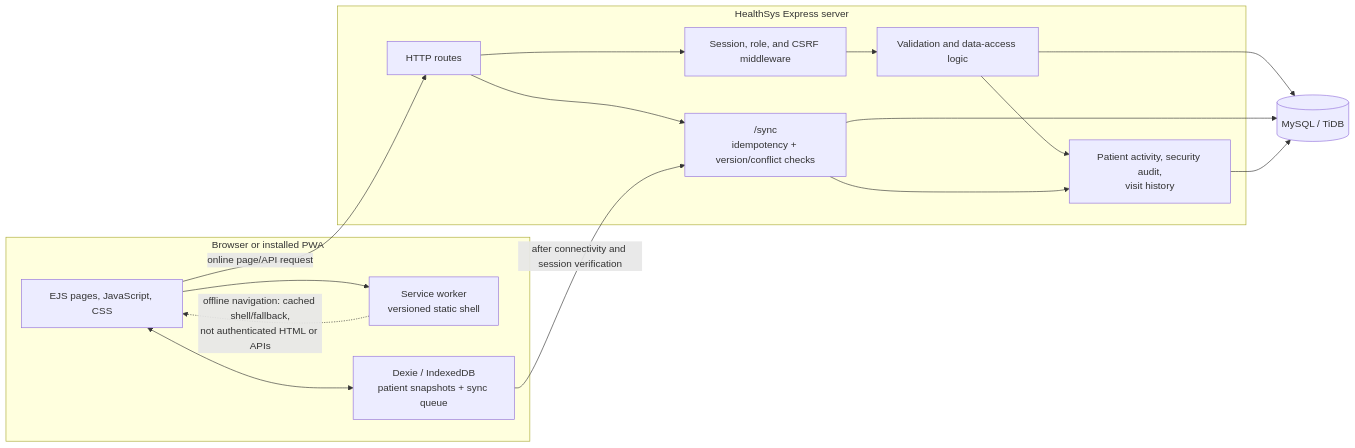
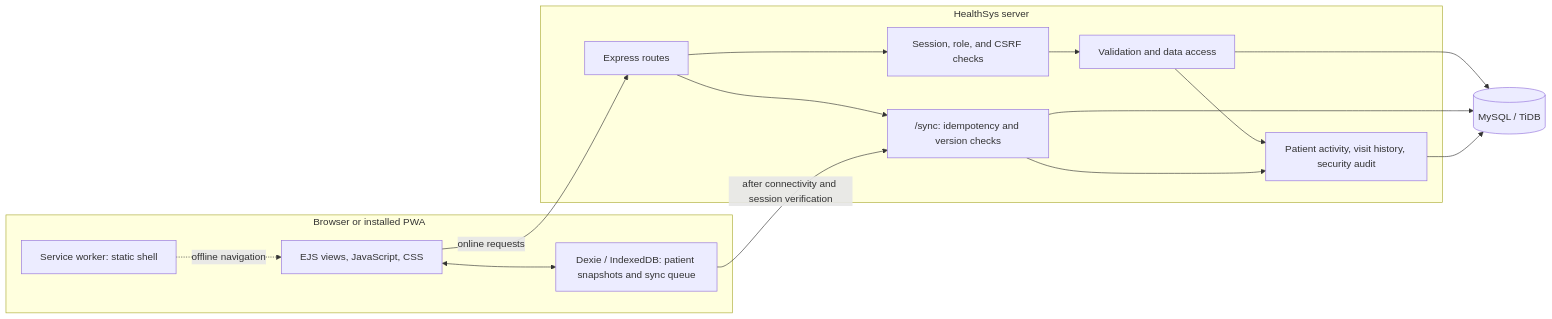
Before and after one commit to Capsii/HealthSystem: the diagram in README.md, drawn with Mermaid. The commit also changed other lines of this file, not shown here.

````diff
--- a/README.md
+++ b/README.md
@@ -30,28 +78,29 @@
-```mermaid
+``` mermaid
 flowchart LR
   subgraph Device["Browser or installed PWA"]
-    UI["EJS pages, JavaScript, CSS"]
-    SW["Service worker<br/>versioned static shell"]
-    IDB["Dexie / IndexedDB<br/>patient snapshots + sync queue"]
-    UI --> SW
+    UI["EJS views, JavaScript, CSS"]
+    SW["Service worker: static shell"]
+    IDB["Dexie / IndexedDB: patient snapshots and sync queue"]
     UI <--> IDB
+    SW -. "offline navigation" .-> UI
   end
-  subgraph Server["HealthSys Express server"]
-    HTTP["HTTP routes"]
-    AUTH["Session, role, and CSRF middleware"]
-    LOGIC["Validation and data-access logic"]
-    SYNC["/sync<br/>idempotency + version/conflict checks"]
-    AUDIT["Patient activity, security audit,<br/>visit history"]
-    HTTP --> AUTH --> LOGIC
-    HTTP --> SYNC
+
+  subgraph Server["HealthSys server"]
+    ROUTES["Express routes"]
+    AUTH["Session, role, and CSRF checks"]
+    LOGIC["Validation and data access"]
+    SYNC["/sync: idempotency and version checks"]
+    AUDIT["Patient activity, visit history, security audit"]
+    ROUTES --> AUTH --> LOGIC
+    ROUTES --> SYNC
     LOGIC --> AUDIT
     SYNC --> AUDIT
   end
+
   DB[("MySQL / TiDB")]
-  UI -->|"online page/API request"| HTTP
+  UI -->|"online requests"| ROUTES
   LOGIC --> DB
   SYNC --> DB
   AUDIT --> DB
   IDB -->|"after connectivity and session verification"| SYNC
-  SW -. "offline navigation: cached shell/fallback,<br/>not authenticated HTML or APIs" .-> UI
 ```
````
